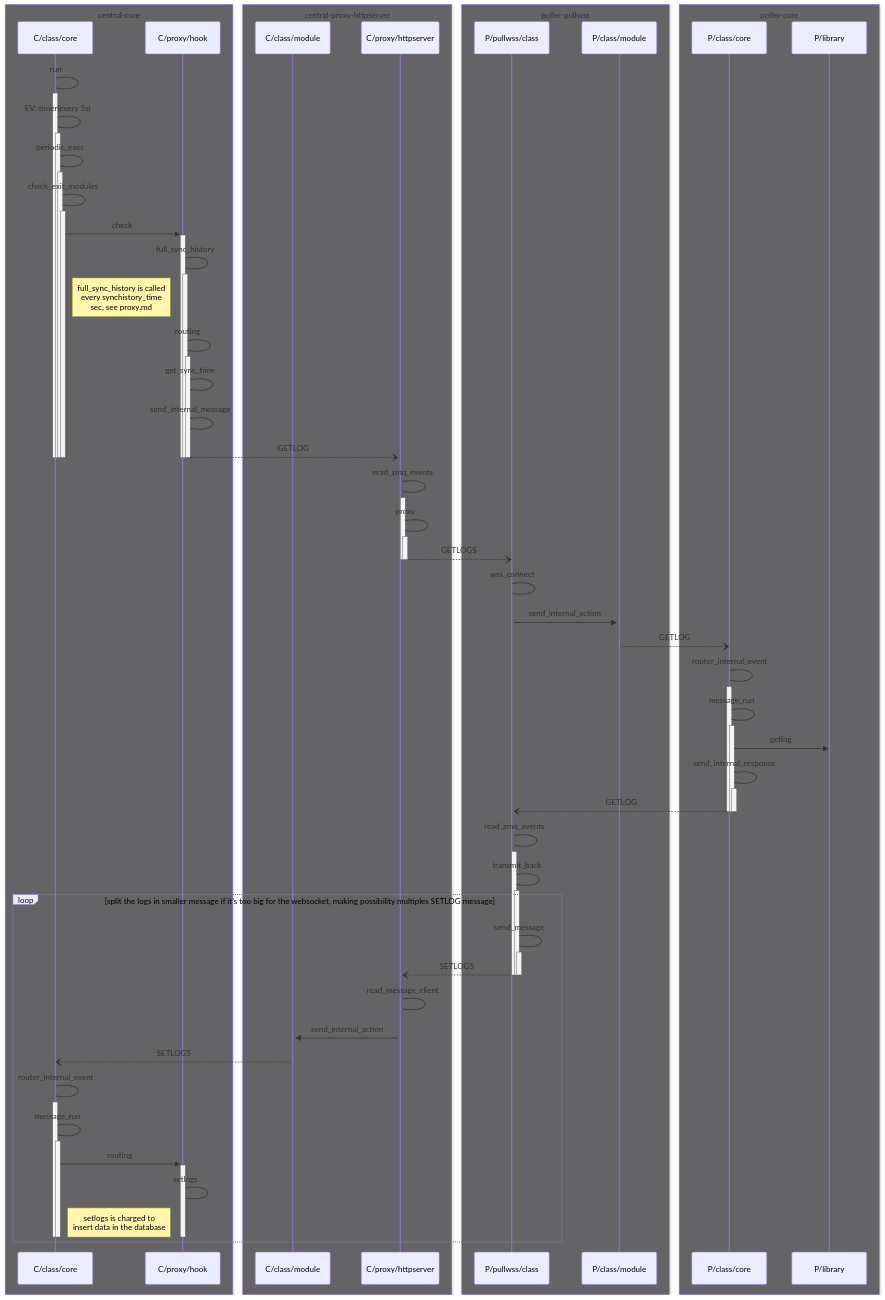
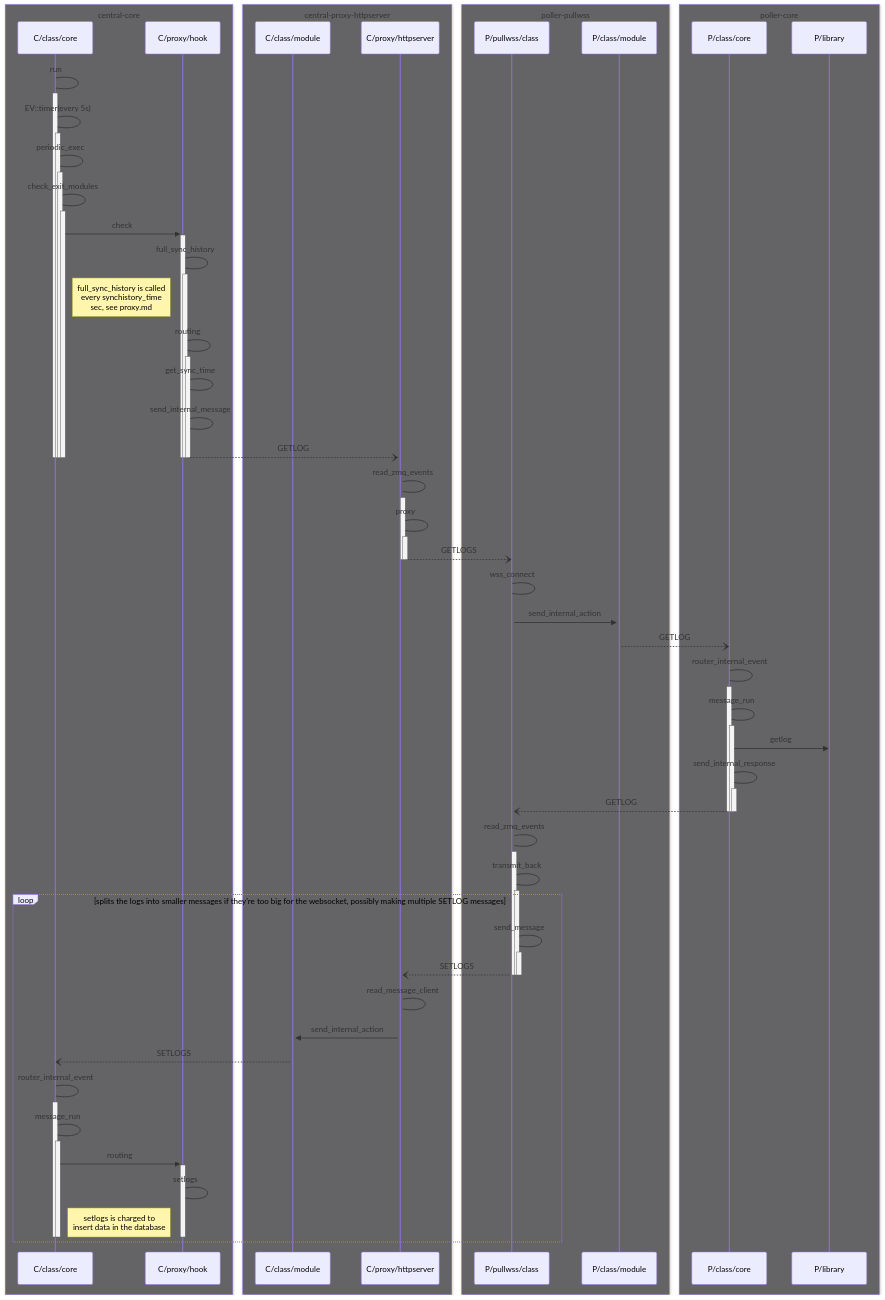
The diagram in gorgone/docs/modules/core/pullwss-log-sync.md (centreon/centreon-collect), drawn with Mermaid before and after one commit. The commit also changed 1 other file, not shown here.

Commit message:
doc(gorgone): fix documentation
Refs:MON-157180

```diff
--- a/gorgone/docs/modules/core/pullwss-log-sync.md
+++ b/gorgone/docs/modules/core/pullwss-log-sync.md
@@ -66,7 +66,7 @@
 # The poller (which is a distant node) retrieves the GETLOG message, and processes it.
 # First the pullwss module listens on the websocket, and transmits the message retrieved to the core.
 # The core processes it and sends back the response.
-# TODO : make a note that wss_connect is not called every time.
+# wss_connect is only called when the connexion is initiated.
     P/pullwss/class -> + P/pullwss/class: wss_connect
     P/pullwss/class ->> + P/class/module: send_internal_action
     P/class/module --) P/class/core: GETLOG
@@ -83,7 +83,7 @@
     # On the distant poller, processing of the message.
     P/pullwss/class -> + P/pullwss/class: read_zmq_events
     P/pullwss/class -> + P/pullwss/class: transmit_back
-    loop split the logs in smaller message if it's too big for the websocket, making possibility multiples SETLOG message
+    loop splits the logs into smaller messages if they're too big for the websocket, possibly making multiple SETLOG messages
         P/pullwss/class -> + P/pullwss/class: send_message
         P/pullwss/class --) C/proxy/httpserver: SETLOGS
         deactivate P/pullwss/class
```
